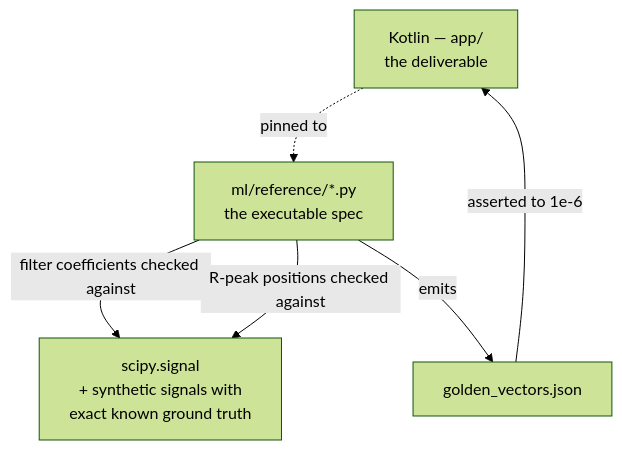
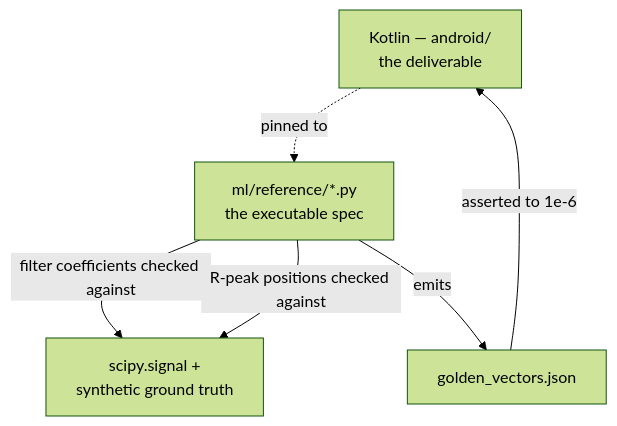
The fourth of 4 diagrams in README.md (anubhavsinha201/CONGNIVISTA), drawn with Mermaid (forest theme) before and after one commit. The commit also changed other lines of this file and 2 other files, not shown here.

````diff
--- a/README.md
+++ b/README.md
@@ -207,13 +355,13 @@
 ```mermaid
 flowchart TD
-    K["Kotlin — app/<br/>the deliverable"]
+    K["Kotlin — android/<br/>the deliverable"]
     P["ml/reference/*.py<br/>the executable spec"]
-    S["scipy.signal<br/>+ synthetic signals with<br/>exact known ground truth"]
+    S["scipy.signal +<br/>synthetic ground truth"]
     V["golden_vectors.json"]
 
     P -->|"filter coefficients checked against"| S
     P -->|"R-peak positions checked against"| S
     P -->|emits| V
     V -->|"asserted to 1e-6"| K
     K -.->|"pinned to"| P
 ```
````
